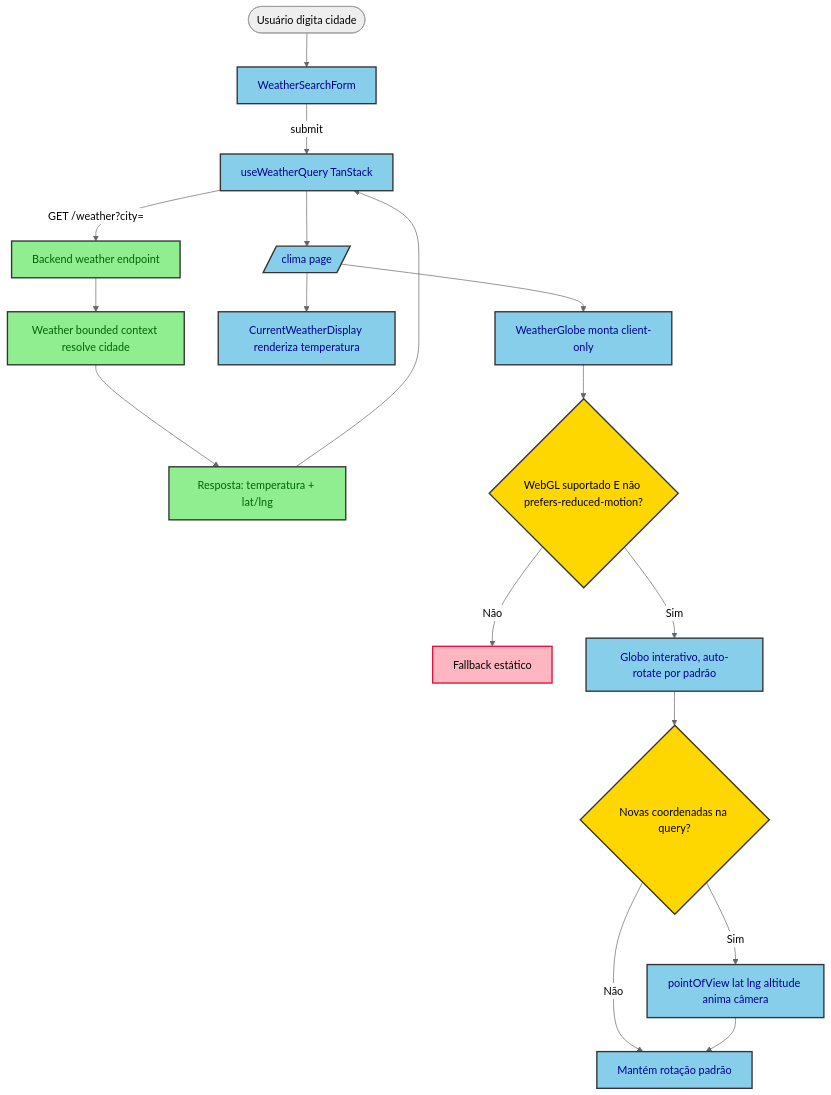
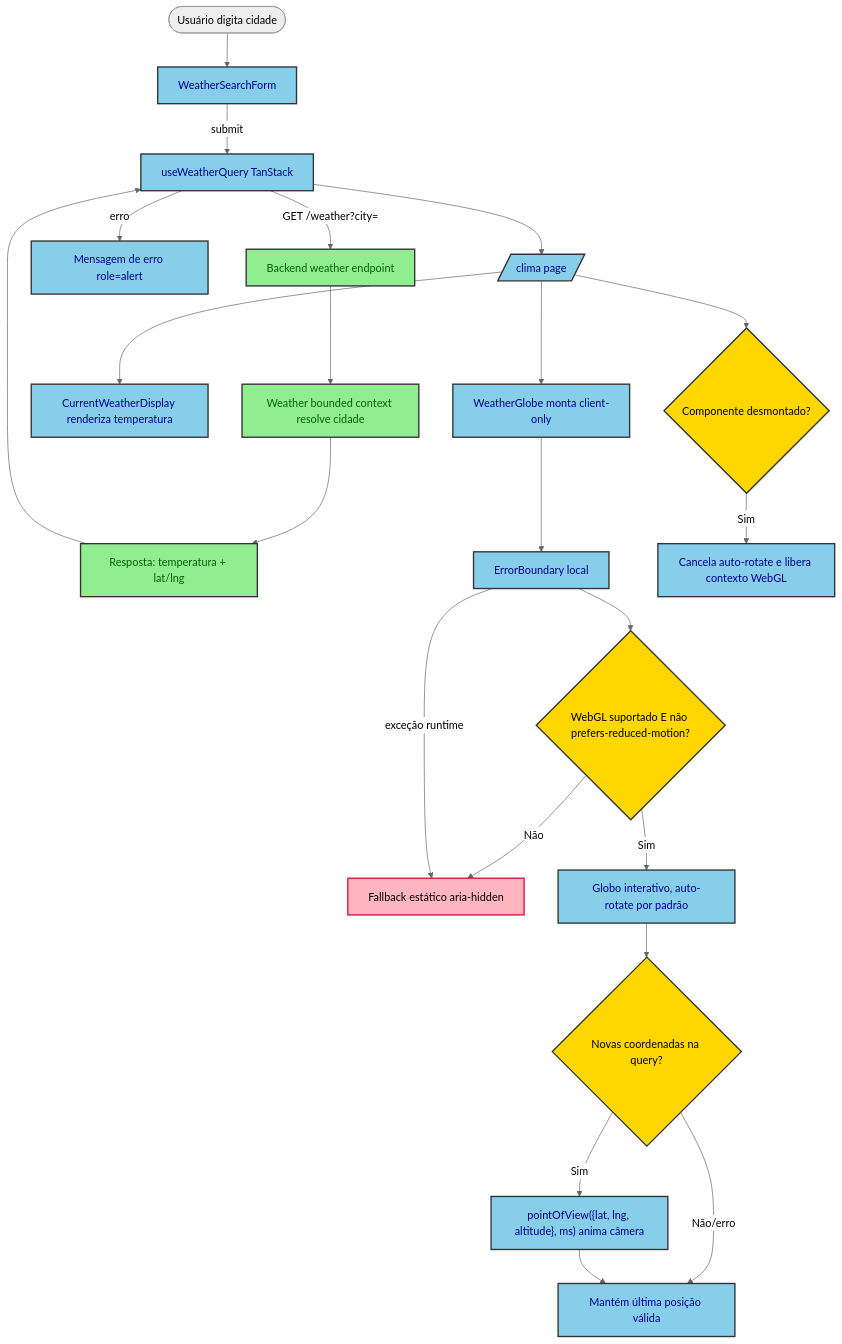
One commit to Cahmoraes/clean-arch-solid-ddd changed the diagram in docs/superpowers/weather-globe-clima/specs/weather-globe-clima-design.md. Above: the diagram before and after it, drawn with Mermaid (neutral theme). The commit also changed other lines of this file and 1 other file, not shown here.

First line of the commit message:
docs(weather-globe-clima): corrige spec após revisão (super.reviewing-specs)

````diff
--- a/docs/superpowers/weather-globe-clima/specs/weather-globe-clima-design.md
+++ b/docs/superpowers/weather-globe-clima/specs/weather-globe-clima-design.md
@@ -122,32 +143,38 @@
 ```mermaid
 flowchart TD
     Start([Usuário digita cidade]) --> Form[WeatherSearchForm]
     Form -->|submit| Hook[useWeatherQuery TanStack]
     Hook -->|"GET /weather?city="| API[Backend weather endpoint]
     API --> Domain[Weather bounded context resolve cidade]
     Domain --> Response[Resposta: temperatura + lat/lng]
     Response --> Hook
 
+    Hook -->|erro| Error[Mensagem de erro role=alert]
     Hook --> Page[/clima page/]
     Page --> Card[CurrentWeatherDisplay renderiza temperatura]
     Page --> Globe[WeatherGlobe monta client-only]
 
-    Globe --> Check{WebGL suportado E não prefers-reduced-motion?}
-    Check -->|Não| Fallback[Fallback estático]
+    Globe --> Boundary[ErrorBoundary local]
+    Boundary --> Check{WebGL suportado E não prefers-reduced-motion?}
+    Check -->|Não| Fallback[Fallback estático aria-hidden]
     Check -->|Sim| Interactive[Globo interativo, auto-rotate por padrão]
+    Boundary -->|exceção runtime| Fallback
 
     Interactive --> NewCoords{Novas coordenadas na query?}
-    NewCoords -->|Sim| Animate[pointOfView lat lng altitude anima câmera]
-    NewCoords -->|Não| Idle[Mantém rotação padrão]
+    NewCoords -->|Sim| Animate["pointOfView({lat, lng, altitude}, ms) anima câmera"]
+    NewCoords -->|Não/erro| Idle[Mantém última posição válida]
     Animate --> Idle
+
+    Page --> Unmount{Componente desmontado?}
+    Unmount -->|Sim| Cleanup[Cancela auto-rotate e libera contexto WebGL]
 
     classDef frontend fill:#87CEEB,stroke:#333,stroke-width:2px,color:darkblue
     classDef backend fill:#90EE90,stroke:#333,stroke-width:2px,color:darkgreen
     classDef decision fill:#FFD700,stroke:#333,stroke-width:2px,color:black
     classDef fallback fill:#FFB6C1,stroke:#DC143C,stroke-width:2px,color:black
 
-    class Form,Hook,Page,Card,Globe,Interactive,Animate,Idle frontend
+    class Form,Hook,Page,Card,Globe,Boundary,Interactive,Animate,Idle,Cleanup,Error frontend
     class API,Domain,Response backend
-    class Check,NewCoords decision
+    class Check,NewCoords,Unmount decision
     class Fallback fallback
 ```
````
